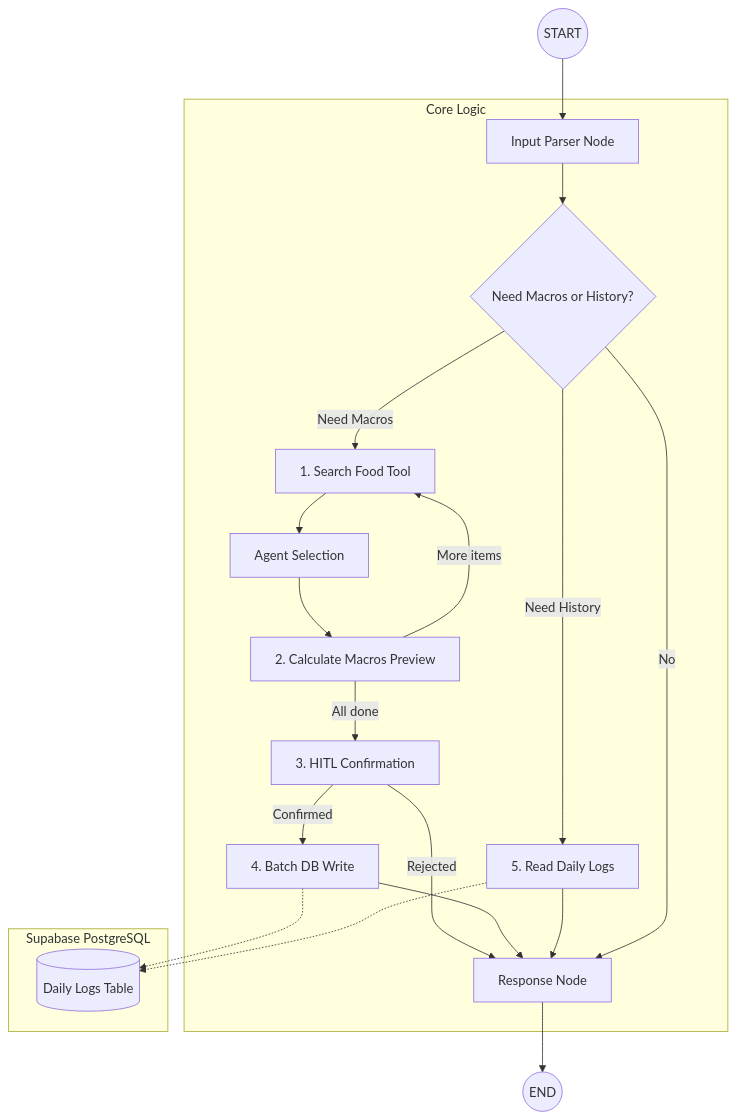
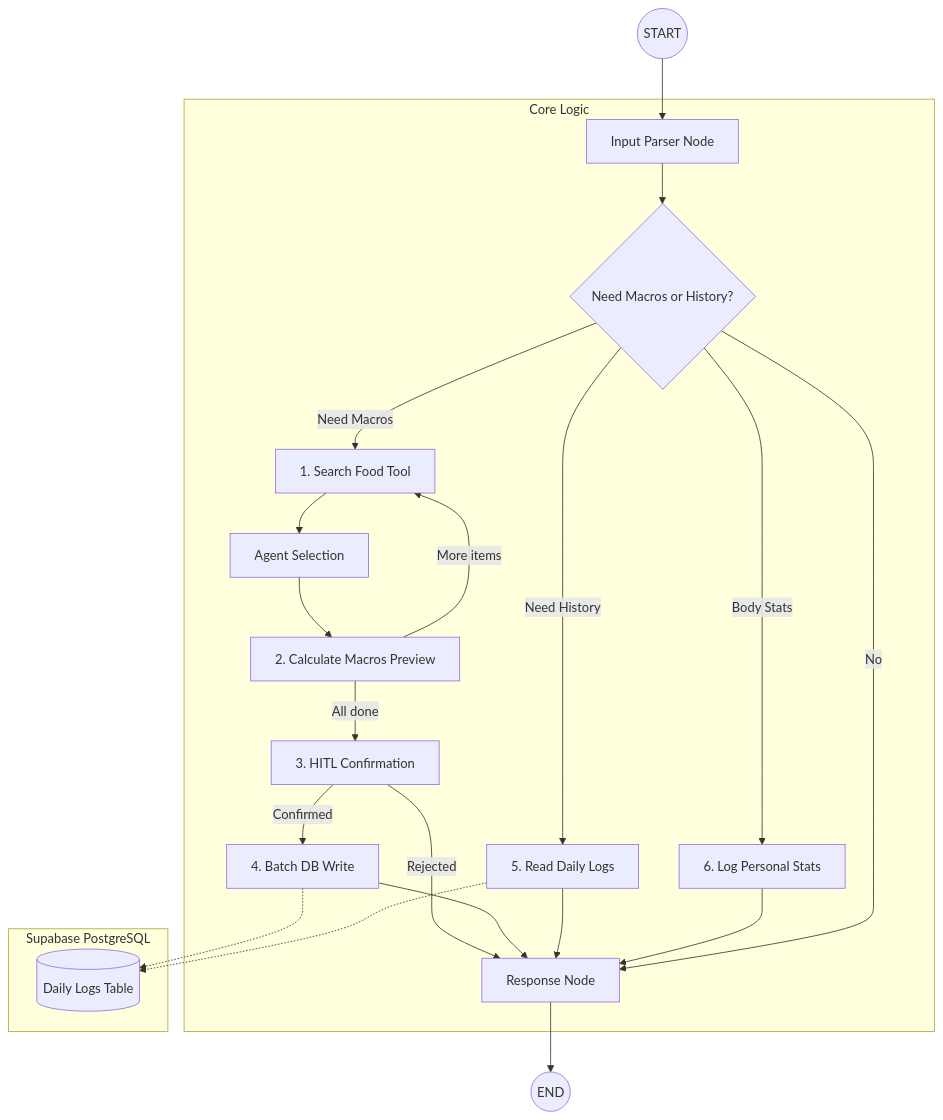
The diagram in PRD.md (sandrusidoltst-a11y/fit_pal), drawn with Mermaid before and after one commit. The commit also changed other lines of this file and 3 other files, not shown here.

````diff
--- a/PRD.md
+++ b/PRD.md
@@ -47,32 +47,34 @@
 ```mermaid
 flowchart TD
     START((START)) --> InputNode[Input Parser Node]
 
     subgraph Core_Logic [Core Logic]
         InputNode --> ToolCall{Need Macros or History?}
 
         ToolCall -- Need Macros --> SearchTool[1. Search Food Tool]
         SearchTool --> SelectNode[Agent Selection]
         SelectNode --> CalcMacros[2. Calculate Macros Preview]
         CalcMacros -- More items --> SearchTool
         CalcMacros -- All done --> Confirm[3. HITL Confirmation]
         Confirm -- Confirmed --> Commit[4. Batch DB Write]
         Confirm -- Rejected --> ResponseNode
 
         ToolCall -- Need History --> ReadLog[5. Read Daily Logs]
+        ToolCall -- Body Stats --> PersonalStats[6. Log Personal Stats]
 
         Commit --> ResponseNode
         ReadLog --> ResponseNode
+        PersonalStats --> ResponseNode
 
         ToolCall -- No --> ResponseNode
     end
 
     ResponseNode[Response Node] --> END((END))
 
     subgraph Database [Supabase PostgreSQL]
         DailyLogsTable[(Daily Logs Table)]
     end
 
     Commit -.-> DailyLogsTable
     ReadLog -.-> DailyLogsTable
 ```
````
